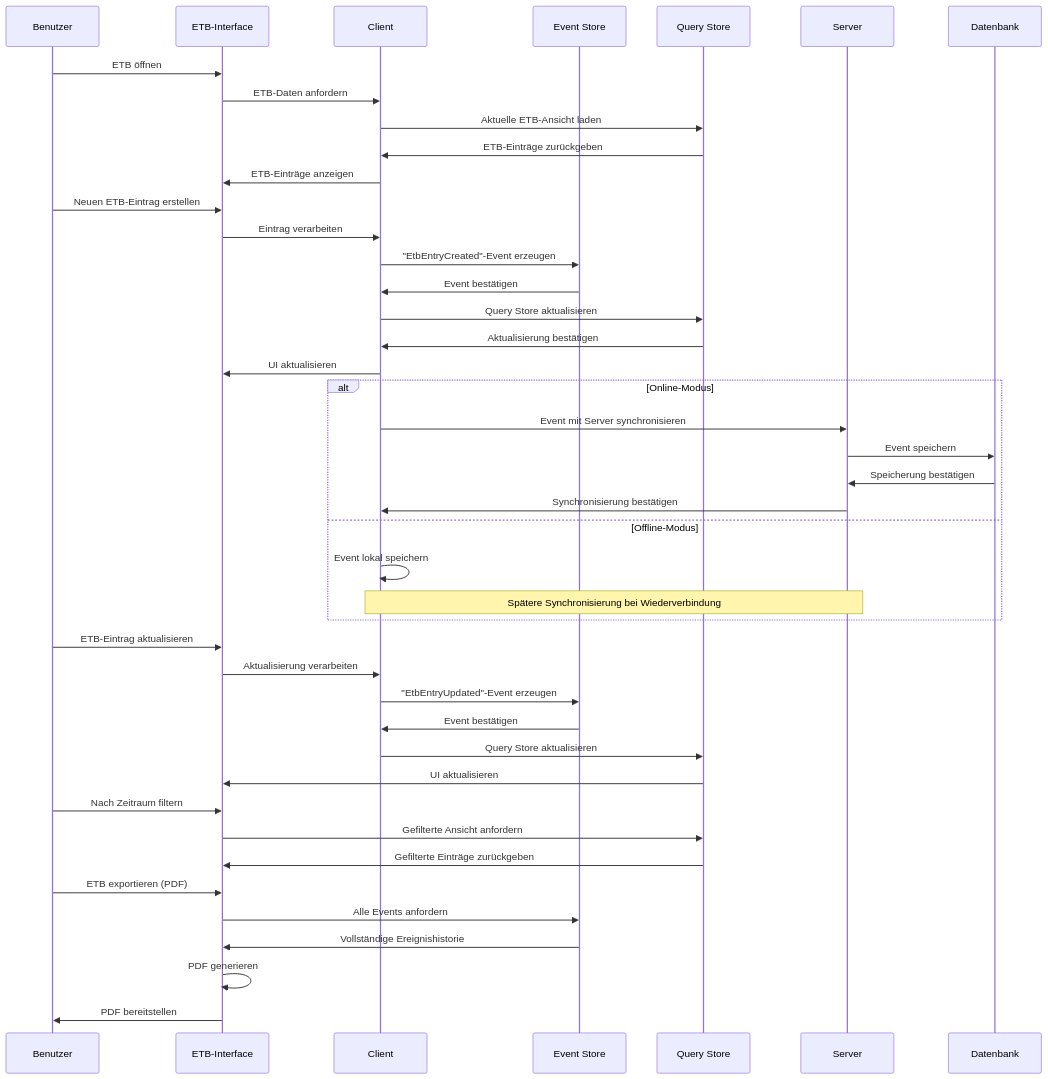
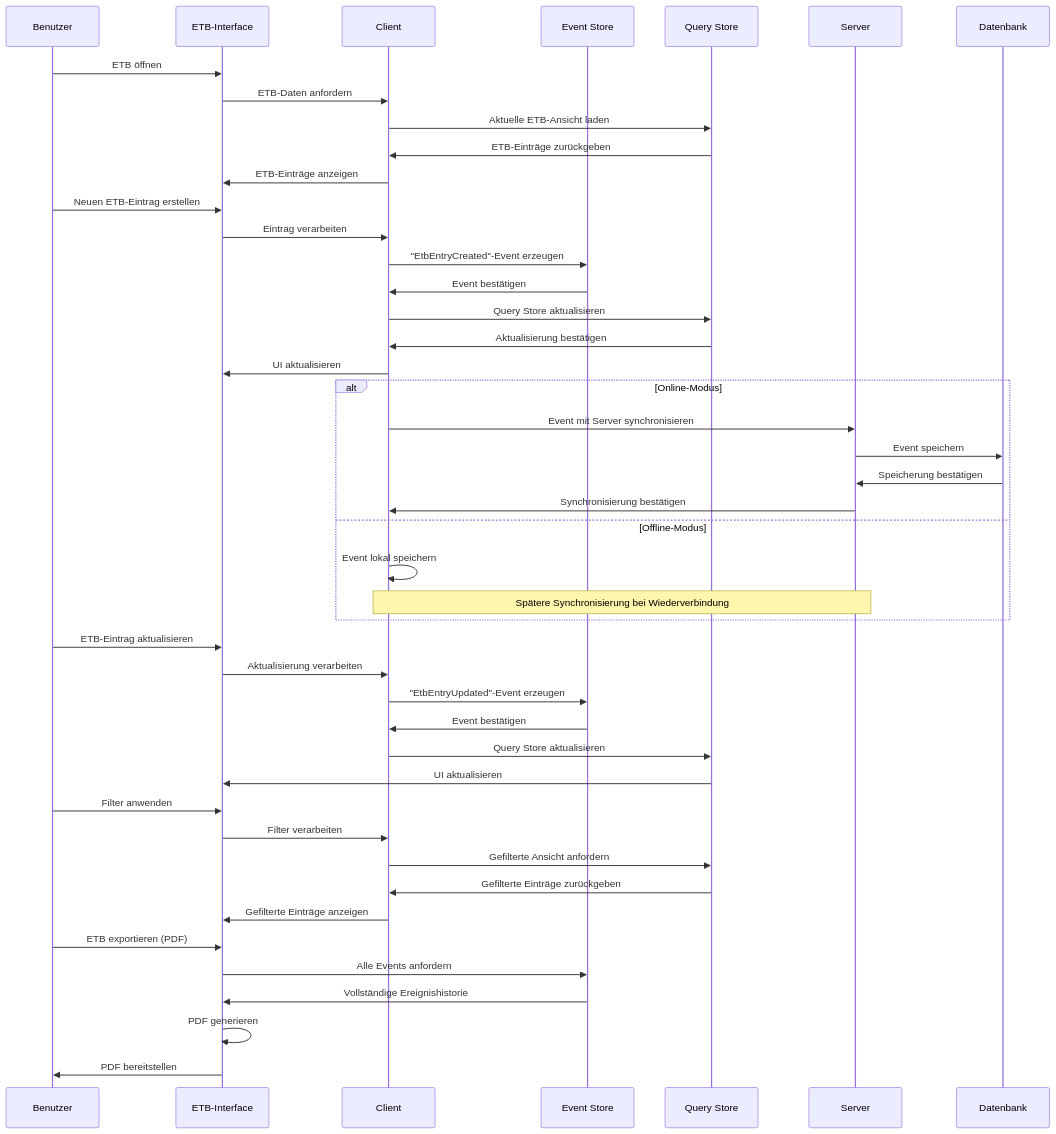
The sixth of 15 diagrams in docs/architecture/06-runtime-view.adoc (bluelight-hub/app), drawn with Mermaid before and after one commit. The commit also changed other lines of this file and 10 other files, not shown here.

```diff
--- a/docs/architecture/06-runtime-view.adoc
+++ b/docs/architecture/06-runtime-view.adoc
@@ -341,57 +341,59 @@
 [mermaid]
 ....
 sequenceDiagram
     participant B as Benutzer
     participant UI as ETB-Interface
     participant C as Client
     participant ES as Event Store
     participant Q as Query Store
     participant S as Server
     participant DB as Datenbank
     
     %% Einsatztagebuch öffnen
     B->>UI: ETB öffnen
     UI->>C: ETB-Daten anfordern
     C->>Q: Aktuelle ETB-Ansicht laden
     Q->>C: ETB-Einträge zurückgeben
     C->>UI: ETB-Einträge anzeigen
     
     %% Neuen Eintrag erstellen
     B->>UI: Neuen ETB-Eintrag erstellen
     UI->>C: Eintrag verarbeiten
     C->>ES: "EtbEntryCreated"-Event erzeugen
     ES->>C: Event bestätigen
     C->>Q: Query Store aktualisieren
     Q->>C: Aktualisierung bestätigen
     C->>UI: UI aktualisieren
     
     alt Online-Modus
         C->>S: Event mit Server synchronisieren
         S->>DB: Event speichern
         DB->>S: Speicherung bestätigen
         S->>C: Synchronisierung bestätigen
     else Offline-Modus
         C->>C: Event lokal speichern
         Note over C,S: Spätere Synchronisierung bei Wiederverbindung
     end
     
     %% Existierenden Eintrag aktualisieren
     B->>UI: ETB-Eintrag aktualisieren
     UI->>C: Aktualisierung verarbeiten
     C->>ES: "EtbEntryUpdated"-Event erzeugen
     ES->>C: Event bestätigen
     C->>Q: Query Store aktualisieren
     Q->>UI: UI aktualisieren
     
     %% ETB filtern
-    B->>UI: Nach Zeitraum filtern
-    UI->>Q: Gefilterte Ansicht anfordern
-    Q->>UI: Gefilterte Einträge zurückgeben
+    B->>UI: Filter anwenden
+    UI->>C: Filter verarbeiten
+    C->>Q: Gefilterte Ansicht anfordern
+    Q->>C: Gefilterte Einträge zurückgeben
+    C->>UI: Gefilterte Einträge anzeigen
     
     %% ETB exportieren
     B->>UI: ETB exportieren (PDF)
     UI->>ES: Alle Events anfordern
     ES->>UI: Vollständige Ereignishistorie
     UI->>UI: PDF generieren
     UI->>B: PDF bereitstellen
 ....
```
